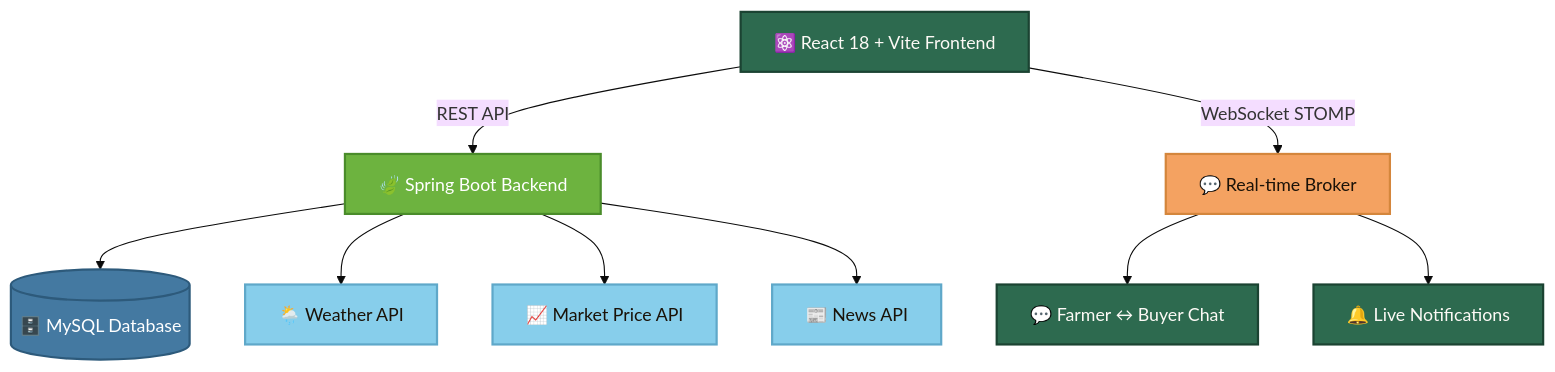
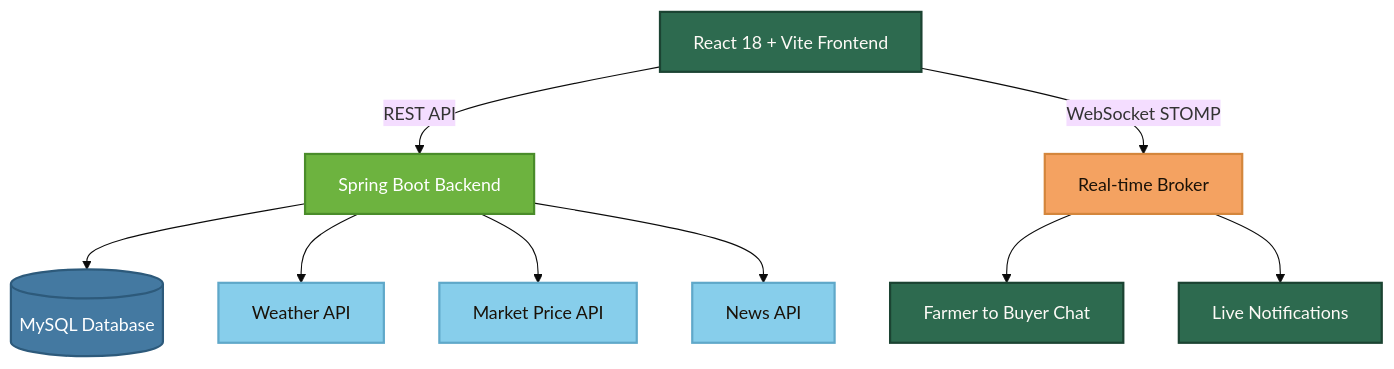
Before and after one commit to B-Vighnesh/AagriGgate: the diagram in README.md, drawn with Mermaid (base theme). The commit also changed other lines of this file, not shown here.

````diff
--- a/README.md
+++ b/README.md
@@ -95,20 +75,20 @@
 ```mermaid
 graph TD
-    A["⚛️ React 18 + Vite Frontend"] -->|REST API| B["🍃 Spring Boot Backend"]
-    A -->|WebSocket STOMP| C["💬 Real-time Broker"]
-    B --> D[("🗄️ MySQL Database")]
-    B --> E["🌦️ Weather API"]
-    B --> F["📈 Market Price API"]
-    B --> G["📰 News API"]
-    C --> H["💬 Farmer ↔ Buyer Chat"]
-    C --> I["🔔 Live Notifications"]
+    A["React 18 + Vite Frontend"] -->|REST API| B["Spring Boot Backend"]
+    A -->|WebSocket STOMP| C["Real-time Broker"]
+    B --> D[("MySQL Database")]
+    B --> E["Weather API"]
+    B --> F["Market Price API"]
+    B --> G["News API"]
+    C --> H["Farmer to Buyer Chat"]
+    C --> I["Live Notifications"]
     style A fill:#2D6A4F,color:#FDFAF6,stroke:#1B4332,stroke-width:2px
     style B fill:#6DB33F,color:#fff,stroke:#4a8c2a,stroke-width:2px
     style D fill:#4479A1,color:#fff,stroke:#2d5a7b,stroke-width:2px
     style C fill:#F4A261,color:#1A1208,stroke:#d4863c,stroke-width:2px
     style E fill:#87CEEB,color:#1A1208,stroke:#5fa8c9,stroke-width:2px
     style F fill:#87CEEB,color:#1A1208,stroke:#5fa8c9,stroke-width:2px
     style G fill:#87CEEB,color:#1A1208,stroke:#5fa8c9,stroke-width:2px
     style H fill:#2D6A4F,color:#FDFAF6,stroke:#1B4332,stroke-width:2px
     style I fill:#2D6A4F,color:#FDFAF6,stroke:#1B4332,stroke-width:2px
 ```
````
